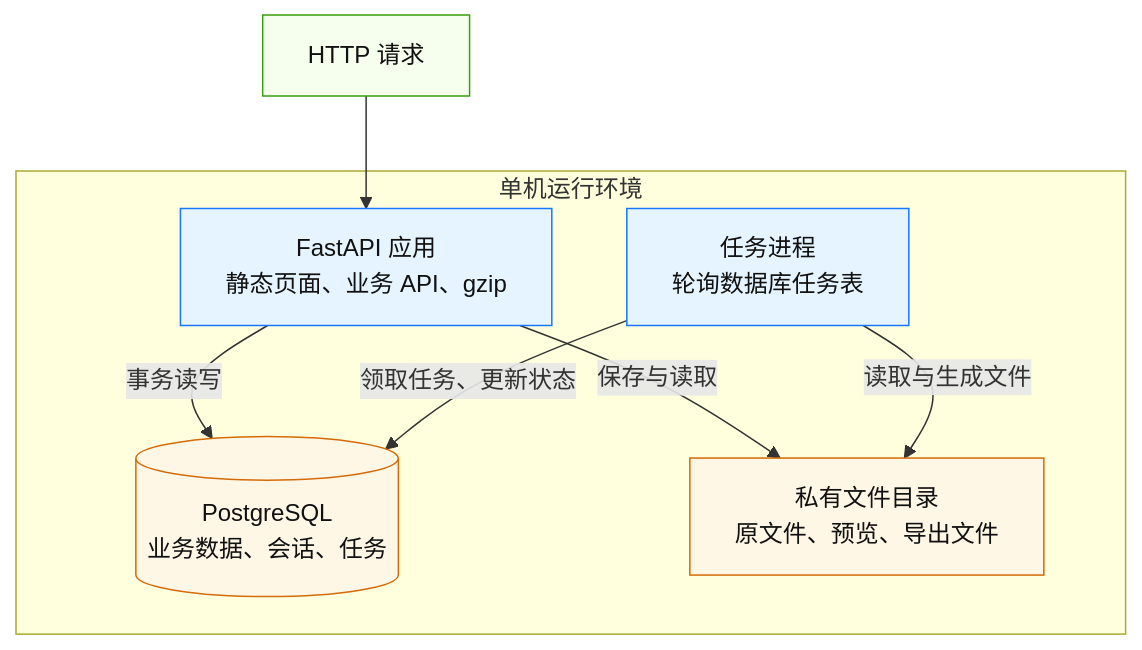
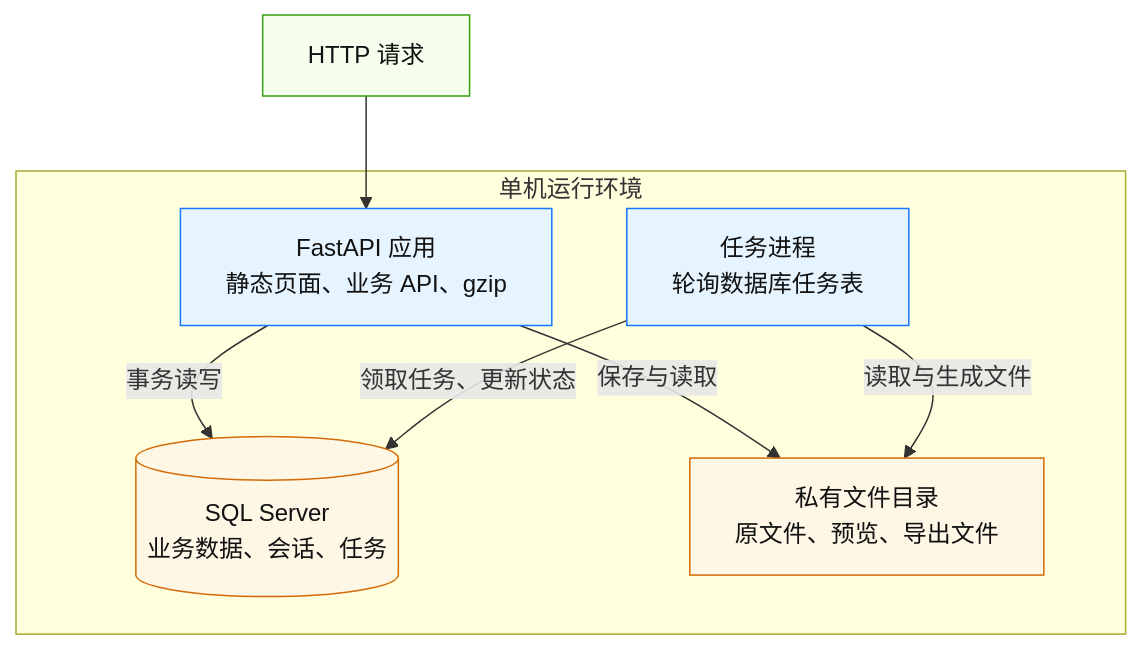
One commit to jackli5541/rjgc-zy-system changed the second of 5 diagrams in docs/系统架构设计.md. Above: the diagram before and after it, drawn with Mermaid. The commit also changed other lines of this file and 38 other files, not shown here.

Commit message:
feat: migrate persistence to SQL Server

````diff
--- a/docs/系统架构设计.md
+++ b/docs/系统架构设计.md
@@ -60,22 +60,22 @@
 ```mermaid
 flowchart TB
     Request["HTTP 请求"] --> API["FastAPI 应用<br/>静态页面、业务 API、gzip"]
 
     subgraph Server["单机运行环境"]
         Runner["任务进程<br/>轮询数据库任务表"]
-        DB[("PostgreSQL<br/>业务数据、会话、任务")]
+        DB[("SQL Server<br/>业务数据、会话、任务")]
         FileDir["私有文件目录<br/>原文件、预览、导出文件"]
 
         API -->|事务读写| DB
         API -->|保存与读取| FileDir
         Runner -->|领取任务、更新状态| DB
         Runner -->|读取与生成文件| FileDir
     end
 
     classDef entry fill:#f6ffed,stroke:#389e0d,color:#111;
     classDef service fill:#e6f4ff,stroke:#1677ff,color:#111;
     classDef data fill:#fff7e6,stroke:#d46b08,color:#111;
     class Request entry;
     class API,Runner service;
     class DB,FileDir data;
 ```
````
